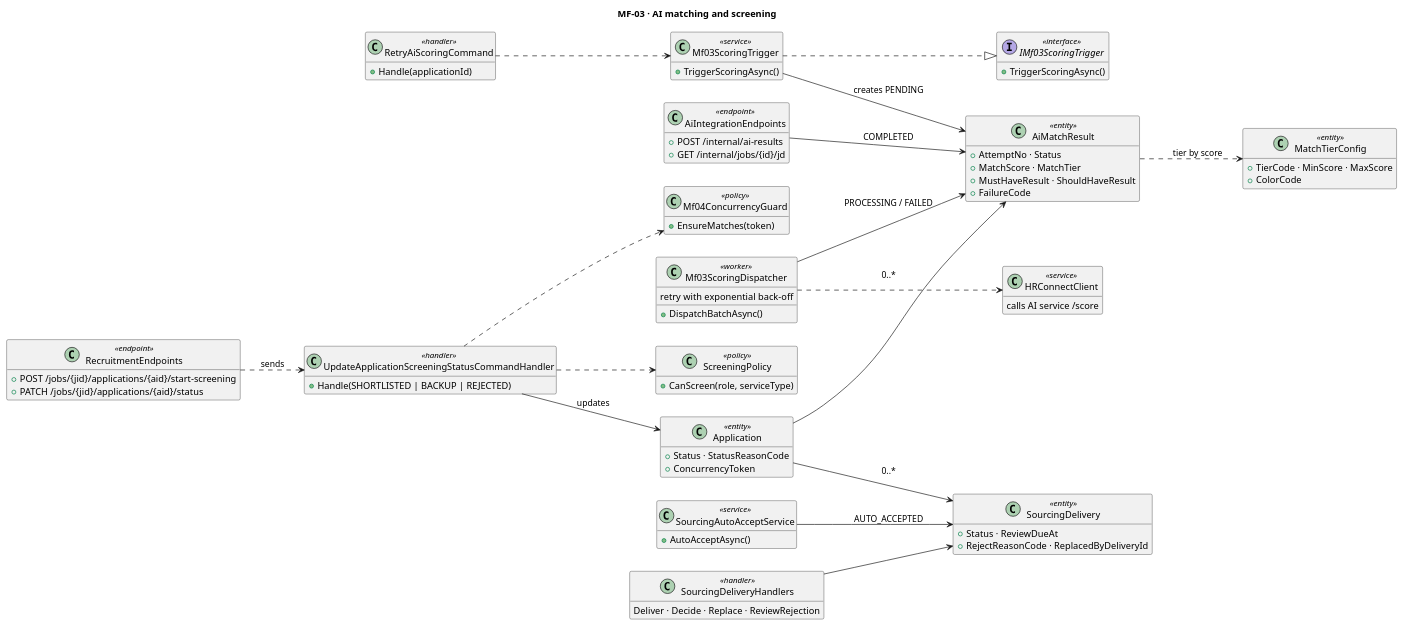
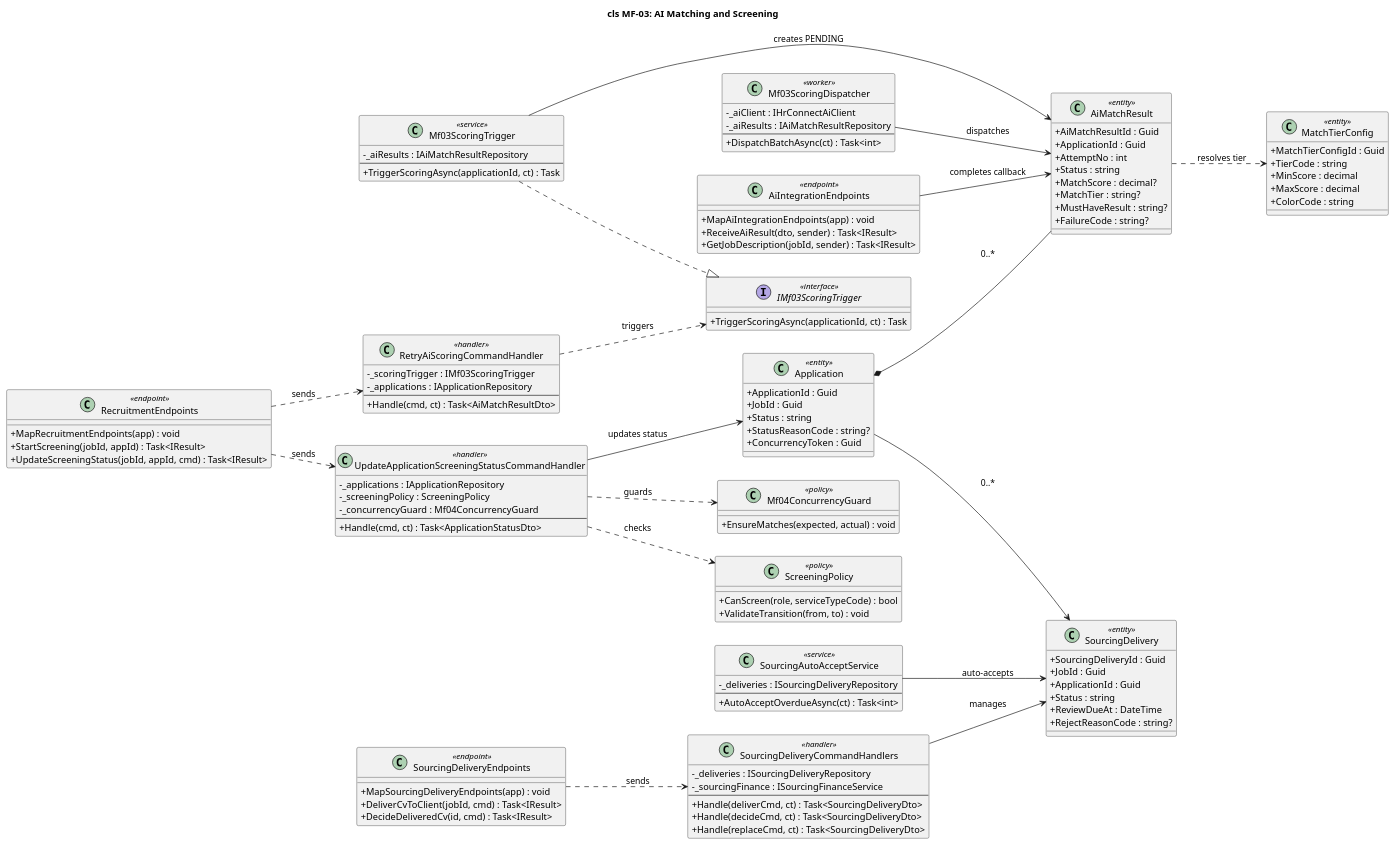
Before and after one commit to hoangqui794/hr-connect: the diagram in docs/diagrams/classes/source/cls-mf03-ai-screening.puml, drawn with PlantUML. The commit also changed 157 other files, not shown here.

Commit message:
feat: add system architecture diagrams and documentation sources

```diff
--- a/docs/diagrams/classes/source/cls-mf03-ai-screening.puml
+++ b/docs/diagrams/classes/source/cls-mf03-ai-screening.puml
@@ -1,77 +1,115 @@
 @startuml cls-mf03-ai-screening
-title MF-03 · AI matching and screening
+title cls MF-03: AI Matching and Screening
 left to right direction
-hide empty members
+skinparam classAttributeIconSize 0
 class AiIntegrationEndpoints <<endpoint>> {
-  +POST /internal/ai-results
-  +GET /internal/jobs/{id}/jd
+  + MapAiIntegrationEndpoints(app) : void
+  + ReceiveAiResult(dto, sender) : Task<IResult>
+  + GetJobDescription(jobId, sender) : Task<IResult>
 }
 class RecruitmentEndpoints <<endpoint>> {
-  +POST /jobs/{jid}/applications/{aid}/start-screening
-  +PATCH /jobs/{jid}/applications/{aid}/status
+  + MapRecruitmentEndpoints(app) : void
+  + StartScreening(jobId, appId) : Task<IResult>
+  + UpdateScreeningStatus(jobId, appId, cmd) : Task<IResult>
+}
+class SourcingDeliveryEndpoints <<endpoint>> {
+  + MapSourcingDeliveryEndpoints(app) : void
+  + DeliverCvToClient(jobId, cmd) : Task<IResult>
+  + DecideDeliveredCv(id, cmd) : Task<IResult>
+}
+class RetryAiScoringCommandHandler <<handler>> {
+  - _scoringTrigger : IMf03ScoringTrigger
+  - _applications : IApplicationRepository
+  --
+  + Handle(cmd, ct) : Task<AiMatchResultDto>
+}
+class UpdateApplicationScreeningStatusCommandHandler <<handler>> {
+  - _applications : IApplicationRepository
+  - _screeningPolicy : ScreeningPolicy
+  - _concurrencyGuard : Mf04ConcurrencyGuard
+  --
+  + Handle(cmd, ct) : Task<ApplicationStatusDto>
+}
+class SourcingDeliveryCommandHandlers <<handler>> {
+  - _deliveries : ISourcingDeliveryRepository
+  - _sourcingFinance : ISourcingFinanceService
+  --
+  + Handle(deliverCmd, ct) : Task<SourcingDeliveryDto>
+  + Handle(decideCmd, ct) : Task<SourcingDeliveryDto>
+  + Handle(replaceCmd, ct) : Task<SourcingDeliveryDto>
+}
+interface IMf03ScoringTrigger <<interface>> {
+  + TriggerScoringAsync(applicationId, ct) : Task
 }
 class Mf03ScoringTrigger <<service>> {
-  +TriggerScoringAsync()
+  - _aiResults : IAiMatchResultRepository
+  --
+  + TriggerScoringAsync(applicationId, ct) : Task
 }
 class Mf03ScoringDispatcher <<worker>> {
-  +DispatchBatchAsync()
-  retry with exponential back-off
-}
-class HRConnectClient <<service>> {
-  calls AI service /score
-}
-class RetryAiScoringCommand <<handler>> {
-  +Handle(applicationId)
-}
-class UpdateApplicationScreeningStatusCommandHandler <<handler>> {
-  +Handle(SHORTLISTED | BACKUP | REJECTED)
+  - _aiClient : IHrConnectAiClient
+  - _aiResults : IAiMatchResultRepository
+  --
+  + DispatchBatchAsync(ct) : Task<int>
 }
 class ScreeningPolicy <<policy>> {
-  +CanScreen(role, serviceType)
+  + CanScreen(role, serviceTypeCode) : bool
+  + ValidateTransition(from, to) : void
 }
 class Mf04ConcurrencyGuard <<policy>> {
-  +EnsureMatches(token)
-}
-class SourcingDeliveryHandlers <<handler>> {
-  Deliver · Decide · Replace · ReviewRejection
+  + EnsureMatches(expected, actual) : void
 }
 class SourcingAutoAcceptService <<service>> {
-  +AutoAcceptAsync()
+  - _deliveries : ISourcingDeliveryRepository
+  --
+  + AutoAcceptOverdueAsync(ct) : Task<int>
 }
 class AiMatchResult <<entity>> {
-  +AttemptNo · Status
-  +MatchScore · MatchTier
-  +MustHaveResult · ShouldHaveResult
-  +FailureCode
+  + AiMatchResultId : Guid
+  + ApplicationId : Guid
+  + AttemptNo : int
+  + Status : string
+  + MatchScore : decimal?
+  + MatchTier : string?
+  + MustHaveResult : string?
+  + FailureCode : string?
 }
 class MatchTierConfig <<entity>> {
-  +TierCode · MinScore · MaxScore
-  +ColorCode
+  + MatchTierConfigId : Guid
+  + TierCode : string
+  + MinScore : decimal
+  + MaxScore : decimal
+  + ColorCode : string
 }
 class Application <<entity>> {
-  +Status · StatusReasonCode
-  +ConcurrencyToken
+  + ApplicationId : Guid
+  + JobId : Guid
+  + Status : string
+  + StatusReasonCode : string?
+  + ConcurrencyToken : Guid
 }
 class SourcingDelivery <<entity>> {
-  +Status · ReviewDueAt
-  +RejectReasonCode · ReplacedByDeliveryId
+  + SourcingDeliveryId : Guid
+  + JobId : Guid
+  + ApplicationId : Guid
+  + Status : string
+  + ReviewDueAt : DateTime
+  + RejectReasonCode : string?
 }
-interface IMf03ScoringTrigger <<interface>> {
-  +TriggerScoringAsync()
-}
+AiIntegrationEndpoints --> AiMatchResult : completes callback
+RecruitmentEndpoints ..> RetryAiScoringCommandHandler : sends
+RecruitmentEndpoints ..> UpdateApplicationScreeningStatusCommandHandler : sends
+SourcingDeliveryEndpoints ..> SourcingDeliveryCommandHandlers : sends
+RetryAiScoringCommandHandler ..> IMf03ScoringTrigger : triggers
 Mf03ScoringTrigger ..|> IMf03ScoringTrigger
 Mf03ScoringTrigger --> AiMatchResult : creates PENDING
-Mf03ScoringDispatcher ..> HRConnectClient
-Mf03ScoringDispatcher --> AiMatchResult : PROCESSING / FAILED
-AiIntegrationEndpoints --> AiMatchResult : COMPLETED
-RetryAiScoringCommand ..> Mf03ScoringTrigger
-AiMatchResult ..> MatchTierConfig : tier by score
-RecruitmentEndpoints ..> UpdateApplicationScreeningStatusCommandHandler : sends
-UpdateApplicationScreeningStatusCommandHandler ..> ScreeningPolicy
-UpdateApplicationScreeningStatusCommandHandler ..> Mf04ConcurrencyGuard
-UpdateApplicationScreeningStatusCommandHandler --> Application : updates
-Application --> AiMatchResult : 0..*
-SourcingDeliveryHandlers --> SourcingDelivery
-SourcingAutoAcceptService --> SourcingDelivery : AUTO_ACCEPTED
+Mf03ScoringDispatcher --> AiMatchResult : dispatches
+AiMatchResult ..> MatchTierConfig : resolves tier
+UpdateApplicationScreeningStatusCommandHandler ..> ScreeningPolicy : checks
+UpdateApplicationScreeningStatusCommandHandler ..> Mf04ConcurrencyGuard : guards
+UpdateApplicationScreeningStatusCommandHandler --> Application : updates status
+Application *-- AiMatchResult : 0..*
 Application --> SourcingDelivery : 0..*
+SourcingDeliveryCommandHandlers --> SourcingDelivery : manages
+SourcingAutoAcceptService --> SourcingDelivery : auto-accepts
 @enduml
```
